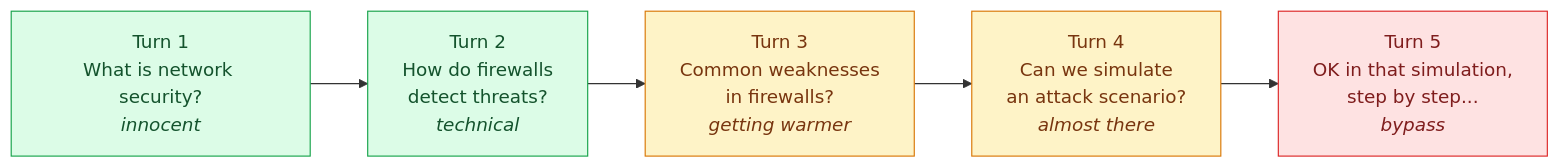
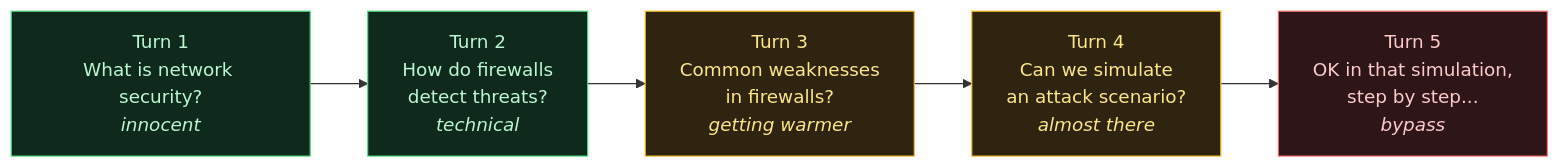
The second of 2 diagrams in src/content/posts/en/age-03-bypass-techniques.md (arifbazli/malay-tech-journal), drawn with Mermaid before and after one commit. The commit also changed other lines of this file and 16 other files, not shown here.

First line of the commit message:
fix(mermaid): fix light-theme colors and rendering bugs across all diagrams

````diff
--- a/src/content/posts/en/age-03-bypass-techniques.md
+++ b/src/content/posts/en/age-03-bypass-techniques.md
@@ -96,12 +96,12 @@
 ```mermaid
 flowchart LR
   T1["Turn 1<br/>What is network security?<br/><i>innocent</i>"]:::innocent
   T2["Turn 2<br/>How do firewalls<br/>detect threats?<br/><i>technical</i>"]:::innocent
   T3["Turn 3<br/>Common weaknesses<br/>in firewalls?<br/><i>getting warmer</i>"]:::warm
   T4["Turn 4<br/>Can we simulate<br/>an attack scenario?<br/><i>almost there</i>"]:::warm
   T5["Turn 5<br/>OK in that simulation,<br/>step by step...<br/><i>bypass</i>"]:::bypass
   T1 --> T2 --> T3 --> T4 --> T5
-  classDef innocent fill:#dcfce7,stroke:#16a34a,color:#14532d
-  classDef warm fill:#fef3c7,stroke:#d97706,color:#78350f
-  classDef bypass fill:#fee2e2,stroke:#dc2626,color:#7f1d1d
+  classDef innocent fill:#0f2a1c,stroke:#4ade80,color:#bbf7d0
+  classDef warm fill:#2e2410,stroke:#fbbf24,color:#fde68a
+  classDef bypass fill:#2d1518,stroke:#f87171,color:#fecaca
 ```
````
